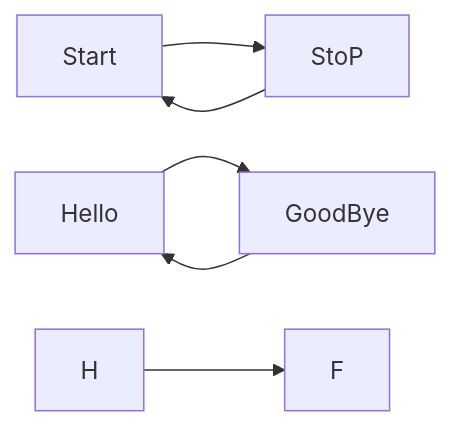
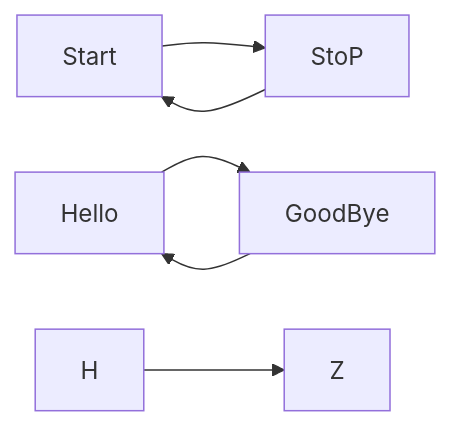
One commit to NU-Teams/TEST-MERMAIDJS-ACTION changed the diagram in README.md. Above: the diagram before and after it, drawn with Mermaid. The commit also changed 1 other file, not shown here.

````diff
--- a/README.md
+++ b/README.md
@@ -7,9 +7,9 @@
 ```mermaid
 flowchart LR
     Start --> StoP
     StoP --> Start
     Hello --> GoodBye
     GoodBye --> Hello
-    H --> F
+    H --> Z
     
 ```
````
